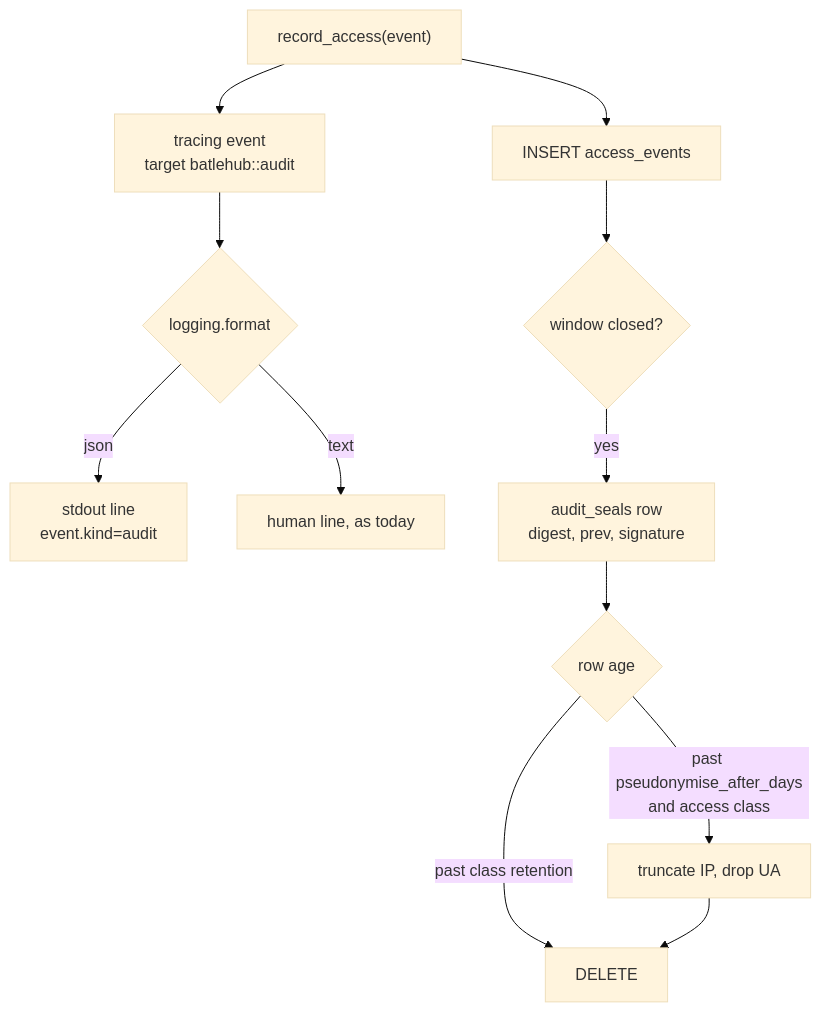
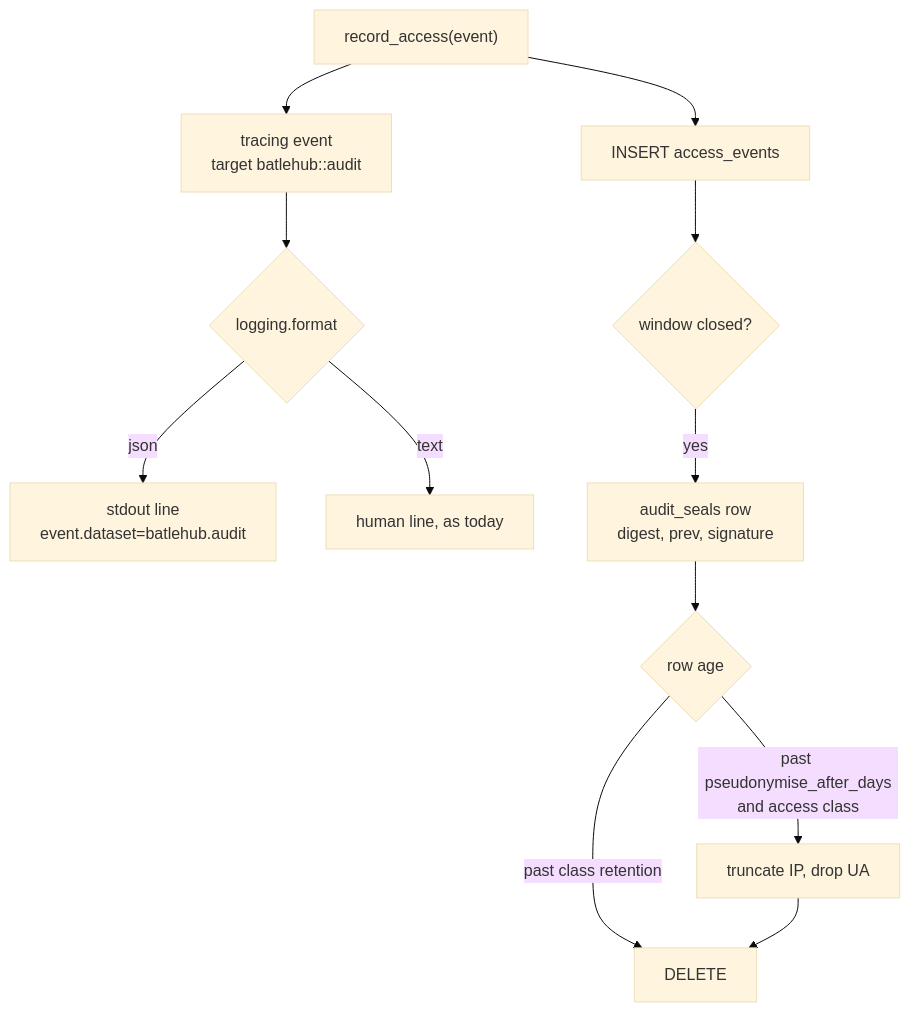
The second of 4 diagrams in docs/rfc/0036-regulatory-alignment.md (batlehub/batlehub), drawn with Mermaid (base theme) before and after one commit. The commit also changed other lines of this file and 3 other files, not shown here.

````diff
--- a/docs/rfc/0036-regulatory-alignment.md
+++ b/docs/rfc/0036-regulatory-alignment.md
@@ -295,14 +312,14 @@
 ```mermaid
 flowchart TD
     E["record_access(event)"] --> DB["INSERT access_events"]
     E --> LOG["tracing event<br/>target batlehub::audit"]
     LOG --> J{"logging.format"}
-    J -->|"json"| OUT["stdout line<br/>event.kind=audit"]
+    J -->|"json"| OUT["stdout line<br/>event.dataset=batlehub.audit"]
     J -->|"text"| TXT["human line, as today"]
     DB --> W{"window closed?"}
     W -->|"yes"| SEAL["audit_seals row<br/>digest, prev, signature"]
     SEAL --> P{"row age"}
     P -->|"past pseudonymise_after_days<br/>and access class"| PS["truncate IP, drop UA"]
     P -->|"past class retention"| DEL["DELETE"]
     PS --> DEL
 ```
````
